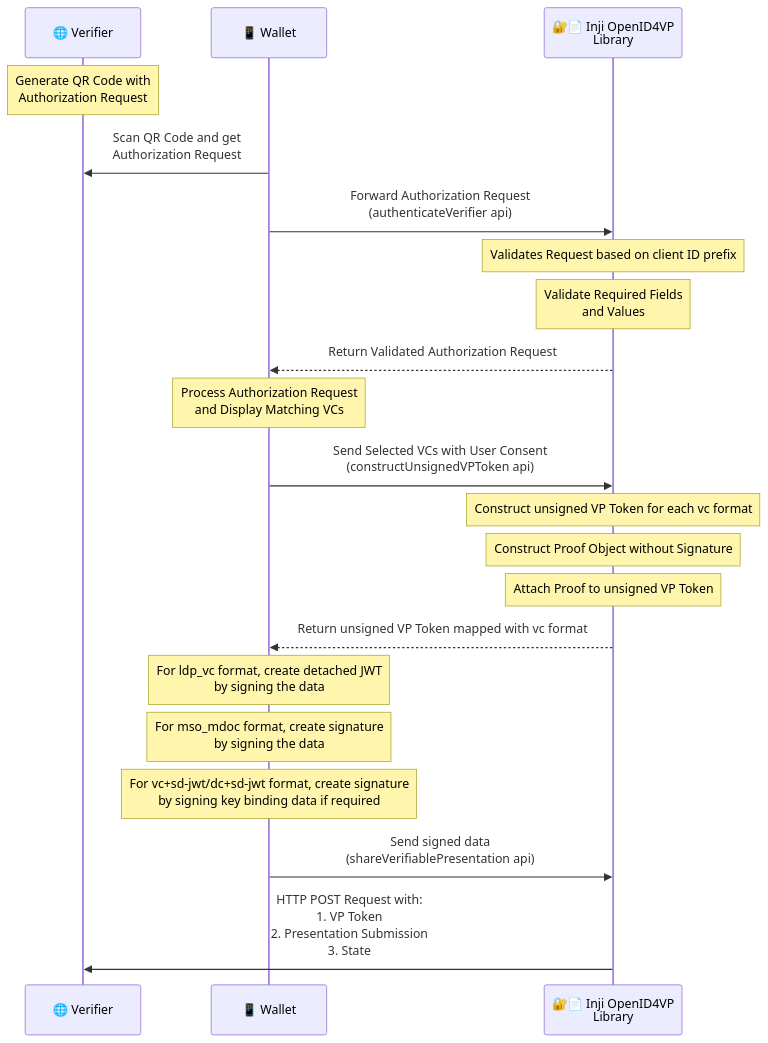
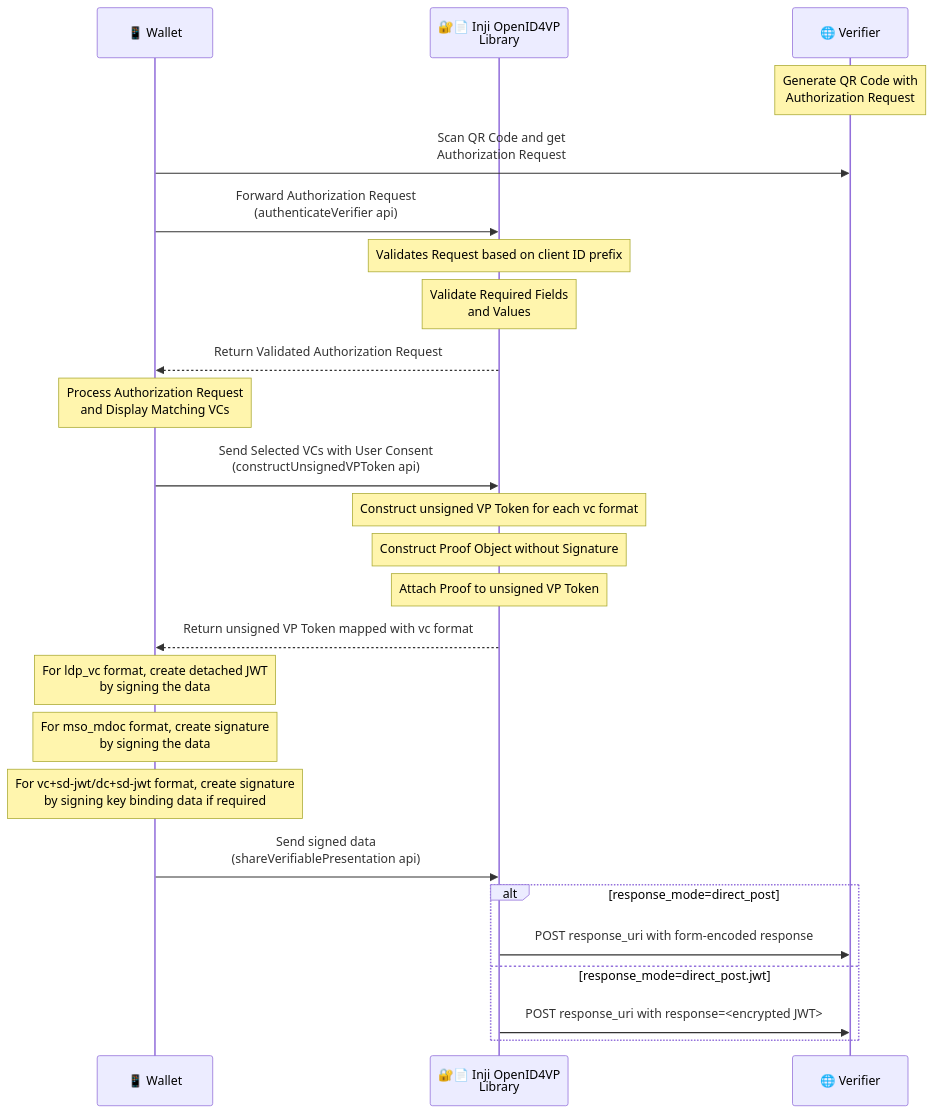
Before and after one commit to Kaushikgupta469/inji-wallet: the second of 2 diagrams in docs/openid4vp/openid4vp-support.md, drawn with Mermaid. The commit also changed other lines of this file and 336 other files, not shown here.

````diff
--- a/docs/openid4vp/openid4vp-support.md
+++ b/docs/openid4vp/openid4vp-support.md
@@ -124,31 +125,35 @@
 ```mermaid
 sequenceDiagram
-  participant VP as 🌐 Verifier
   participant W as 📱 Wallet
   participant Lib as 🔐📄 Inji OpenID4VP<br/> Library
+  participant VP as 🌐 Verifier
 
   Note over VP: Generate QR Code with<br/>Authorization Request
   W ->> VP: Scan QR Code and get<br/>Authorization Request
   W ->> Lib: Forward Authorization Request<br/>(authenticateVerifier api)
 
   Note over Lib: Validates Request based on  client ID prefix
   Note over Lib: Validate Required Fields<br/>and Values
   Lib-->>W: Return Validated Authorization Request
 
 
   Note over W: Process Authorization Request<br/>and Display Matching VCs
 
   W->>Lib: Send Selected VCs with User Consent<br/>(constructUnsignedVPToken api)
   Note over Lib: Construct unsigned VP Token for each vc format
   Note over Lib: Construct Proof Object without Signature
   Note over Lib: Attach Proof to unsigned VP Token
   Lib-->>W: Return unsigned VP Token mapped with vc format
 
   Note over W: For ldp_vc format, create detached JWT<br/>by signing the data
   Note over W: For mso_mdoc format, create signature<br/>by signing the data
   Note over W: For vc+sd-jwt/dc+sd-jwt format, create signature<br/>by signing key binding data if required
   W->>Lib: Send signed data<br/>(shareVerifiablePresentation api)
 
 
-  Lib->>VP: HTTP POST Request with:<br/>1. VP Token<br/>2. Presentation Submission<br/>3. State
+  alt response_mode=direct_post
+    Lib->>VP: POST response_uri with form-encoded response
+  else response_mode=direct_post.jwt
+    Lib->>VP: POST response_uri with response=<encrypted JWT>
+  end
 ```
````
